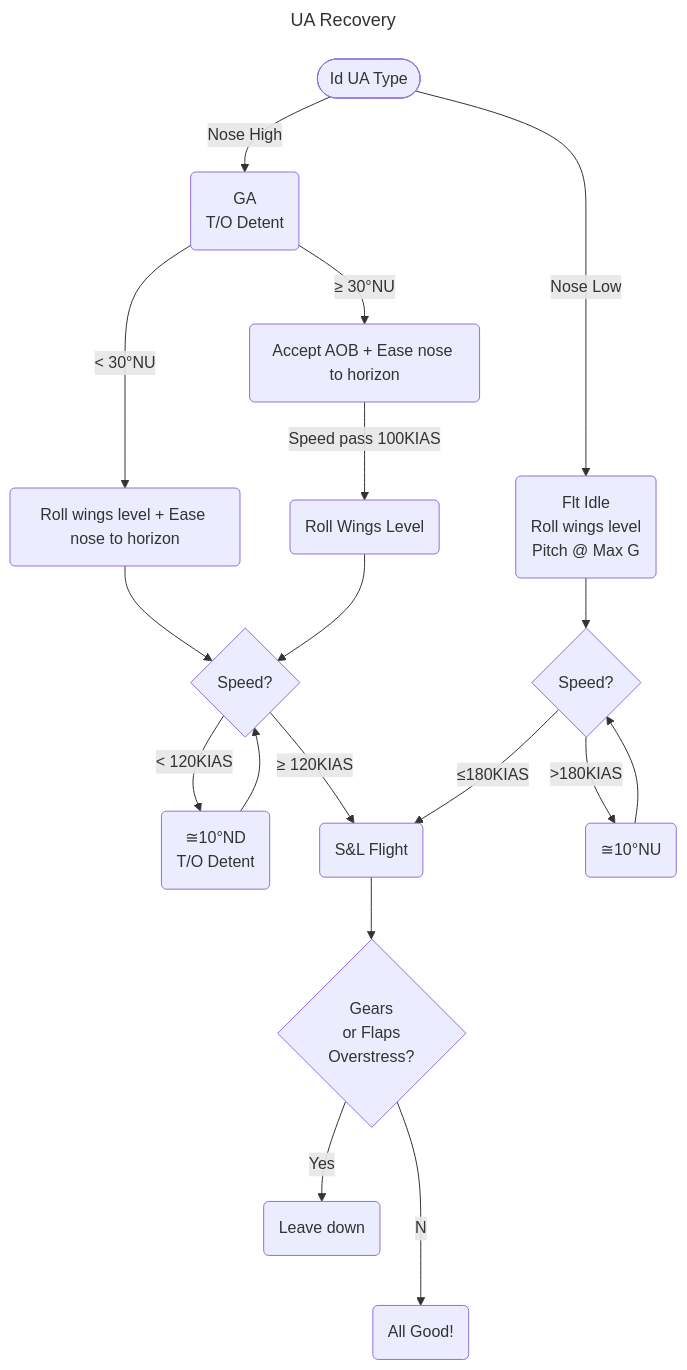
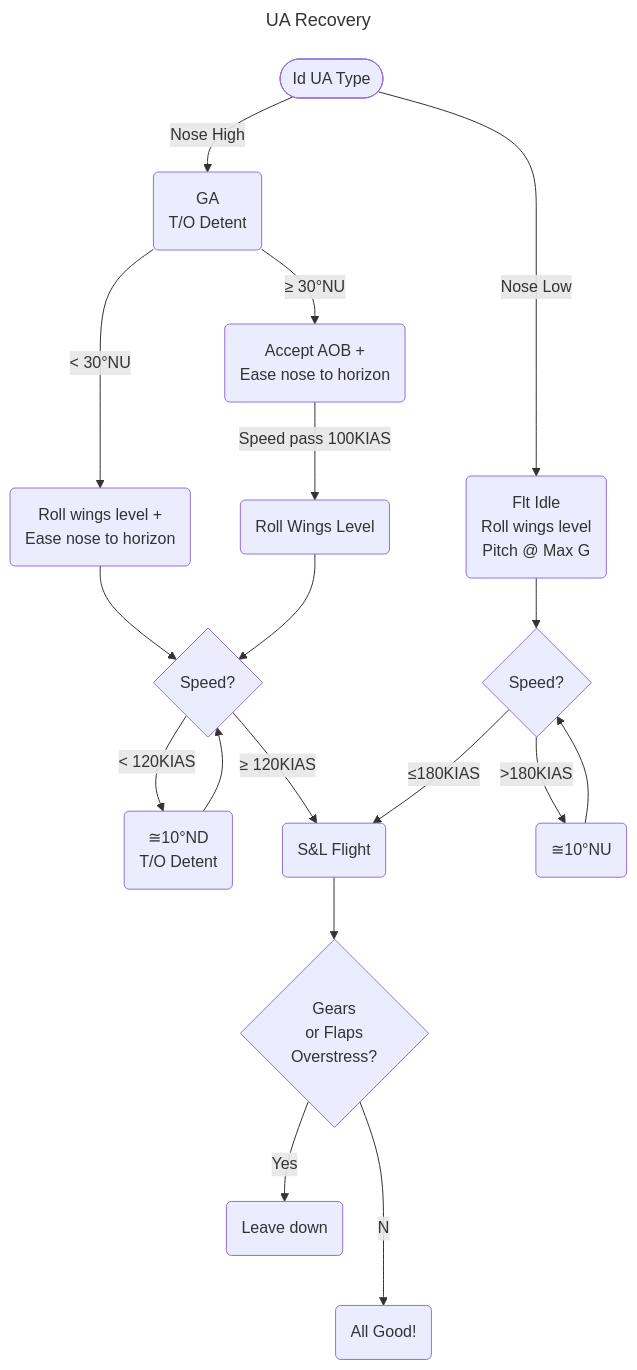
The diagram in README.md (skie97/fokker50), drawn with Mermaid before and after one commit.

````diff
--- a/README.md
+++ b/README.md
@@ -3,28 +3,30 @@
 ``` mermaid
 ---
 title: UA Recovery
 ---
 flowchart TD
 A([Id UA Type])--Nose High-->B
 A--Nose Low-->C
 B("GA
 T/O Detent")--"< 30°NU"-->D
-D("Roll wings level + Ease nose to horizon")-->F
+D("Roll wings level +
+Ease nose to horizon")-->F
 F{Speed?}--"< 120KIAS"-->G("≅10°ND
 T/O Detent")-->F
 F--"≥ 120KIAS"-->H("S&L Flight")
 B--"≥ 30°NU"-->E
-E("Accept AOB + Ease nose to horizon")--Speed pass 100KIAS-->I
+E("Accept AOB +
+Ease nose to horizon")--Speed pass 100KIAS-->I
 I("Roll Wings Level")-->F
 C("Flt Idle
 Roll wings level
 Pitch @ Max G")-->J{"Speed?"}
 J--">180KIAS"-->K("≅10°NU")
 K-->J
 J--"≤180KIAS"-->H
 H-->L{"Gears
 or Flaps
 Overstress?"}
 L--Yes-->M("Leave down")
 L--No-->N("All Good!")
 ```
````
